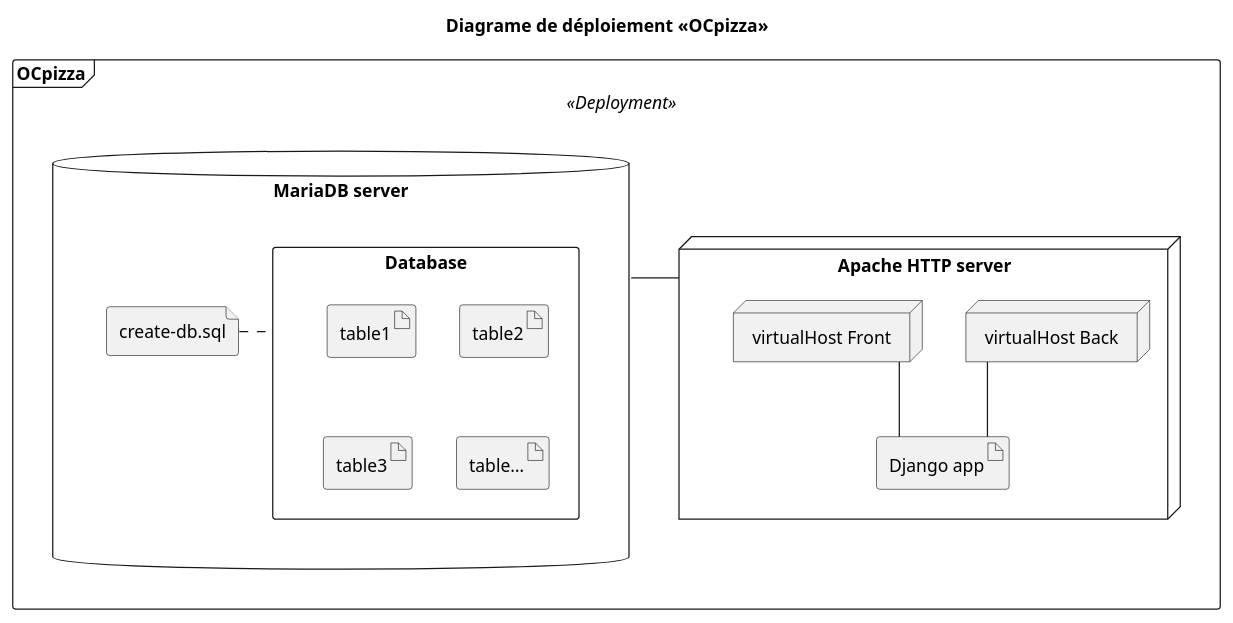
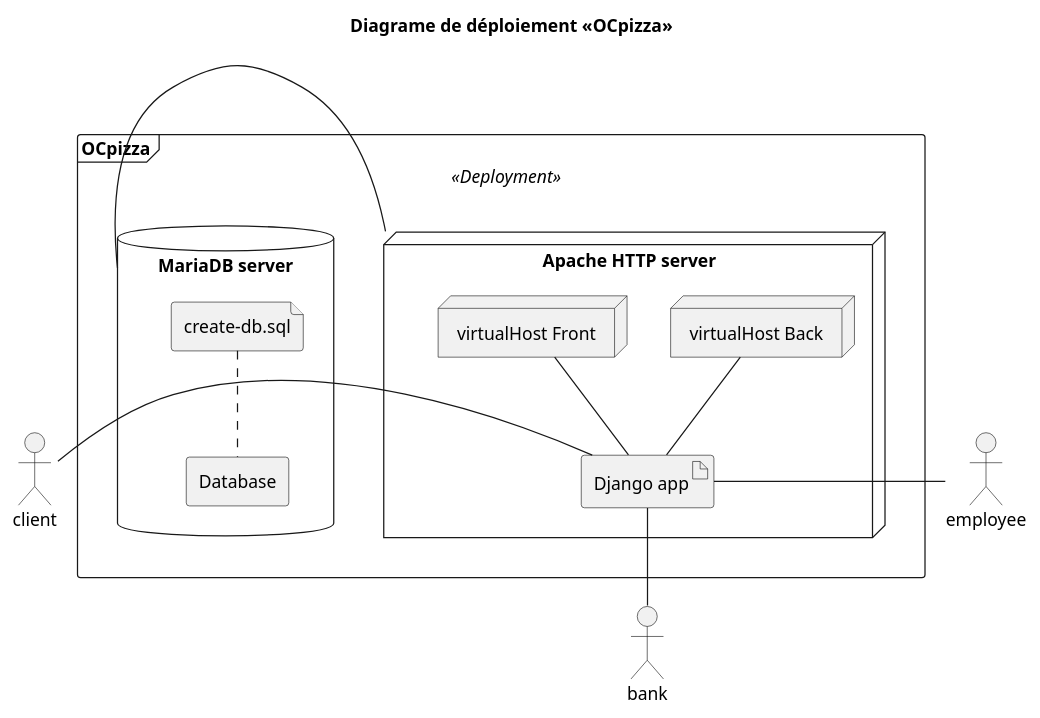
Before and after one commit to freezed/ocp6: the diagram in src-puml/deployment.puml, drawn with PlantUML. The commit also changed 1 other file, not shown here.

Commit message:
Updates deployment diagram & sources

```diff
--- a/src-puml/deployment.puml
+++ b/src-puml/deployment.puml
@@ -1,41 +1,39 @@
 @startuml
 title Diagrame de déploiement «OCpizza»
 
 /' = = = = = = = STYLE = = = = = = = '/
 ' skinparam monochrome true
-skinparam linetype ortho
+' skinparam linetype ortho
+
+actor "bank"
+actor "employee"
+actor "client"
 
 /' = = = = = = = ARTIFACT = = = = = = = '/
 
 Frame  "OCpizza" <<Deployment>> {
-
-/' - - PkgAccount - - '/
 
     node "Apache HTTP server" as ws {
         node "virtualHost Front" as vhf
         node "virtualHost Back" as vhb
         artifact "Django app" as dapp
     }
 
-/' - - PkgAccount - - '/
-
     database "MariaDB server" as dbs {
         file "create-db.sql" as scriptdb
-        rectangle "Database" as db {
-            artifact "table1"
-            artifact "table2"
-            artifact "table3"
-            artifact "table…"
-        }
+        rectangle "Database" as db
     }
-
 }
 
 /' = = = = = = = RELATION = = = = = = = '/
 
-dbs - ws
+bank -up- dapp
+client - dapp
+employee - dapp
+
+ws - dbs
 vhf -- dapp
 dapp -up- vhb
-scriptdb . db
+scriptdb .. db
 
 @enduml
```
